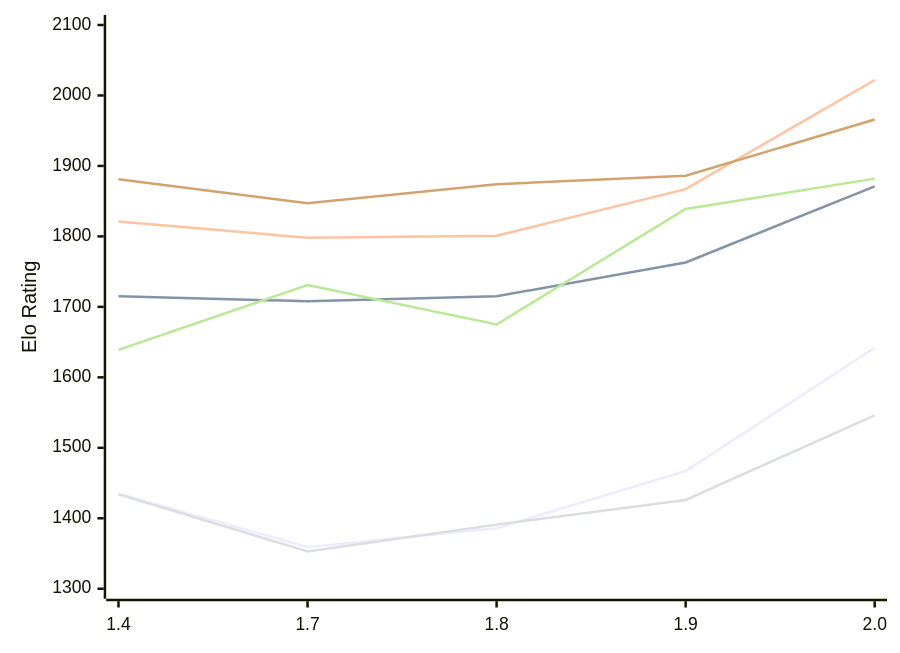
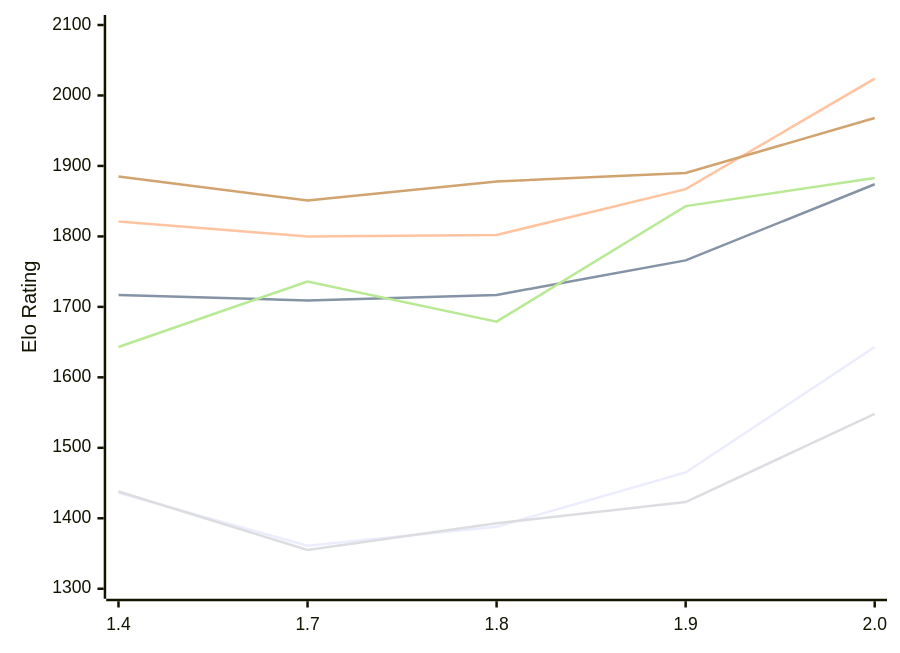
Before and after one commit to computer-chess-index/cci: the diagram in engines/Russell.md, drawn with Mermaid. The commit also changed other lines of this file, not shown here.

Commit message:
Update CCI Ratings (ELO VLTC) - 2026-11-25

````diff
--- a/engines/Russell.md
+++ b/engines/Russell.md
@@ -55,12 +55,12 @@
 ```mermaid
 %%{init: {"theme":"base","themeVariables":{"seriesColors:['#a3a3a3','#222221','#faa371']}}}%%
 xychart-beta
   x-axis ["1.4", "1.7", "1.8", "1.9", "2.0"]
   y-axis "Elo Rating" 1300 --> 2100
-  line "E1: STC (8.0+0.08s)" [1435, 1359, 1386, 1467, 1642]
-  line "E1: LTC (60.0+0.60s)" [1715, 1708, 1715, 1763, 1871]
-  line "E1: VLTC (2m24s+1.12s)" [1821, 1798, 1801, 1867, 2022]
-  line "P1: STC (8.0+0.08s)" [1434, 1353, 1391, 1426, 1546]
-  line "P1: LTC (60.0+0.60s)" [1639, 1731, 1675, 1839, 1882]
-  line "P1: VLTC (2m24s+1.12s)" [1881, 1847, 1874, 1886, 1966]
+  line "E1: STC (8.0+0.08s)" [1436, 1361, 1388, 1465, 1643]
+  line "E1: LTC (60.0+0.60s)" [1717, 1709, 1717, 1766, 1874]
+  line "E1: VLTC (2m24s+1.12s)" [1821, 1800, 1802, 1867, 2024]
+  line "P1: STC (8.0+0.08s)" [1438, 1355, 1393, 1423, 1548]
+  line "P1: LTC (60.0+0.60s)" [1643, 1736, 1679, 1843, 1883]
+  line "P1: VLTC (2m24s+1.12s)" [1885, 1851, 1878, 1890, 1968]
 ```
````
